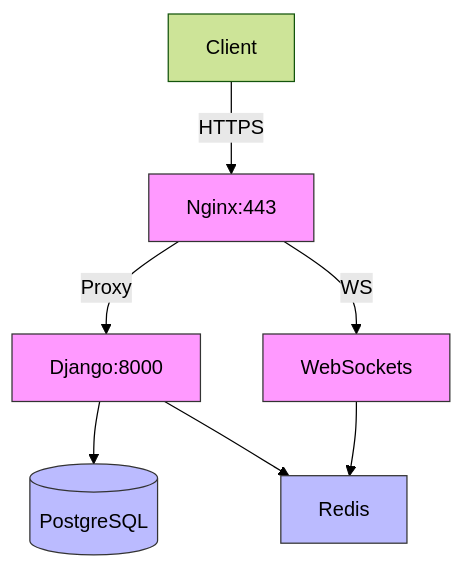
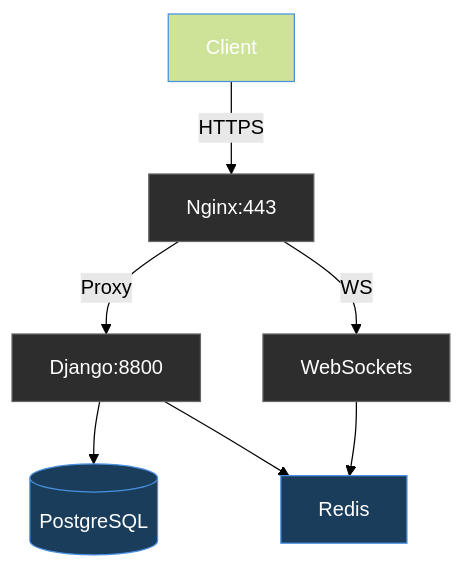
Before and after one commit to Duru-DR/PingPongDjango: the diagram in README.md, drawn with Mermaid (forest theme). The commit also changed other lines of this file, not shown here.

````diff
--- a/README.md
+++ b/README.md
@@ -31,15 +68,17 @@
 ```mermaid
 graph TD
-  classDef component fill:#f9f,stroke:#333;
-  classDef database fill:#bbf,stroke:#333;
-  
+  classDef component fill:#2d2d2d,stroke:#666,color:#fff;
+  classDef database fill:#1a3d5c,stroke:#4a90e2,color:#fff;
+  classDef arrow stroke:#4a90e2,color:#fff;
+
   A[Client] -->|HTTPS| B[Nginx:443]
-  B -->|Proxy| C[Django:8000]
+  B -->|Proxy| C[Django:8800]
   B -->|WS| D[WebSockets]
   C --> E[(PostgreSQL)]
   C --> F[Redis]
   D --> F
-  
+
+  class A arrow;
   class B,C,D component;
   class E,F database;
 ```
````
